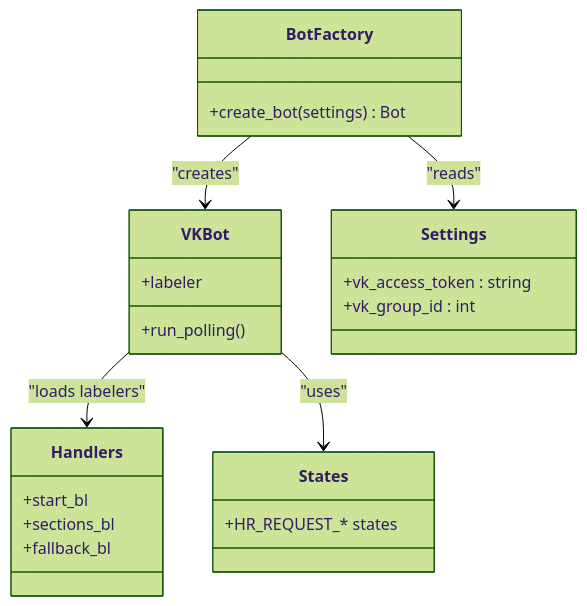
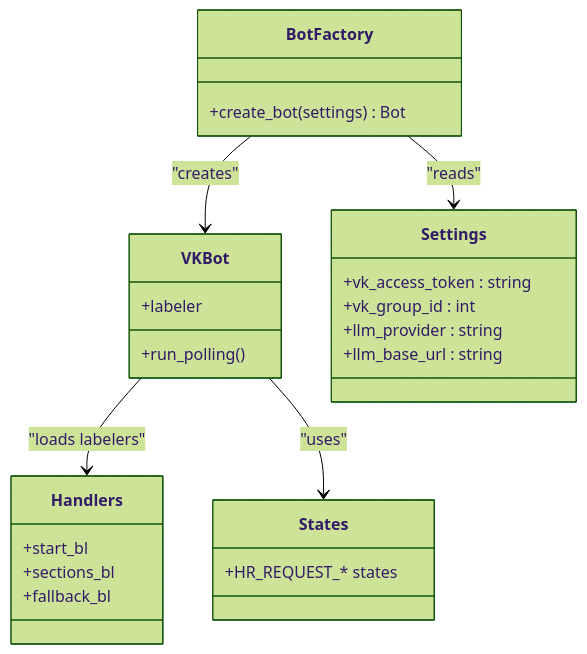
Before and after one commit to ognelis/cafetera_hr_bot: the third of 8 diagrams in .qoder/repowiki/en/content/Deployment and Operations.md, drawn with Mermaid (forest theme). The commit also changed other lines of this file and 13 other files, not shown here.

````diff
--- a/.qoder/repowiki/en/content/Deployment and Operations.md
+++ b/.qoder/repowiki/en/content/Deployment and Operations.md
@@ -149,26 +185,28 @@
 ```mermaid
 classDiagram
 class BotFactory {
 +create_bot(settings) Bot
 }
 class VKBot {
 +labeler
 +run_polling()
 }
 class Handlers {
 +start_bl
 +sections_bl
 +fallback_bl
 }
 class States {
 +HR_REQUEST_* states
 }
 class Settings {
 +vk_access_token : string
 +vk_group_id : int
++llm_provider : string
++llm_base_url : string
 }
 BotFactory --> VKBot : "creates"
 VKBot --> Handlers : "loads labelers"
 VKBot --> States : "uses"
 BotFactory --> Settings : "reads"
 ```
````
